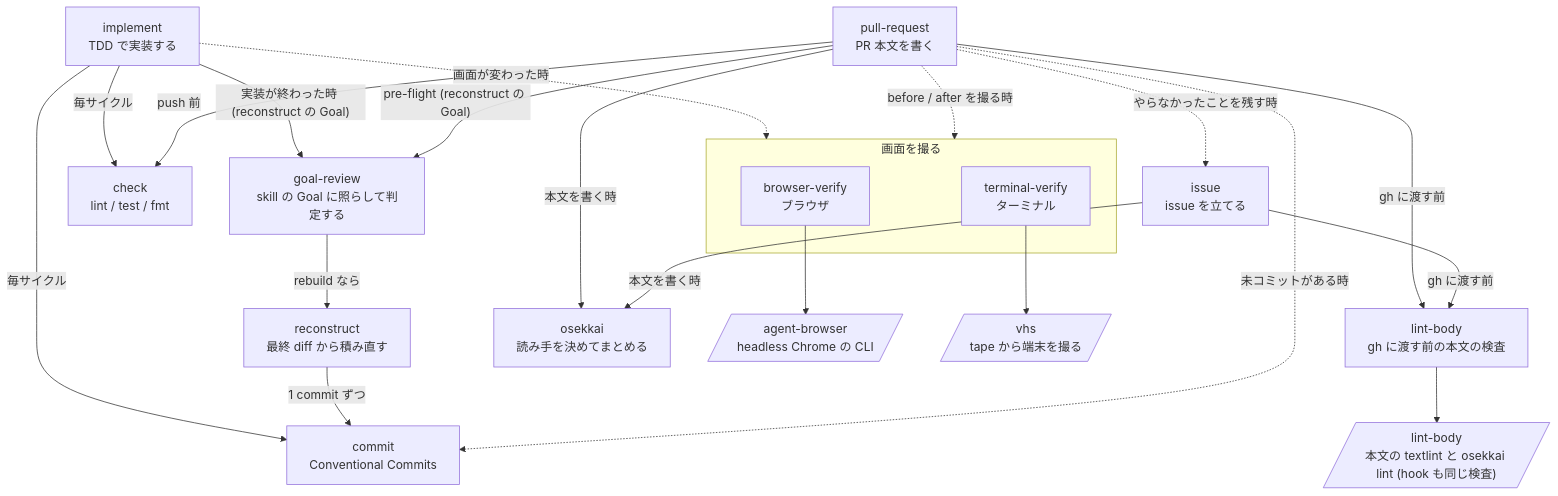
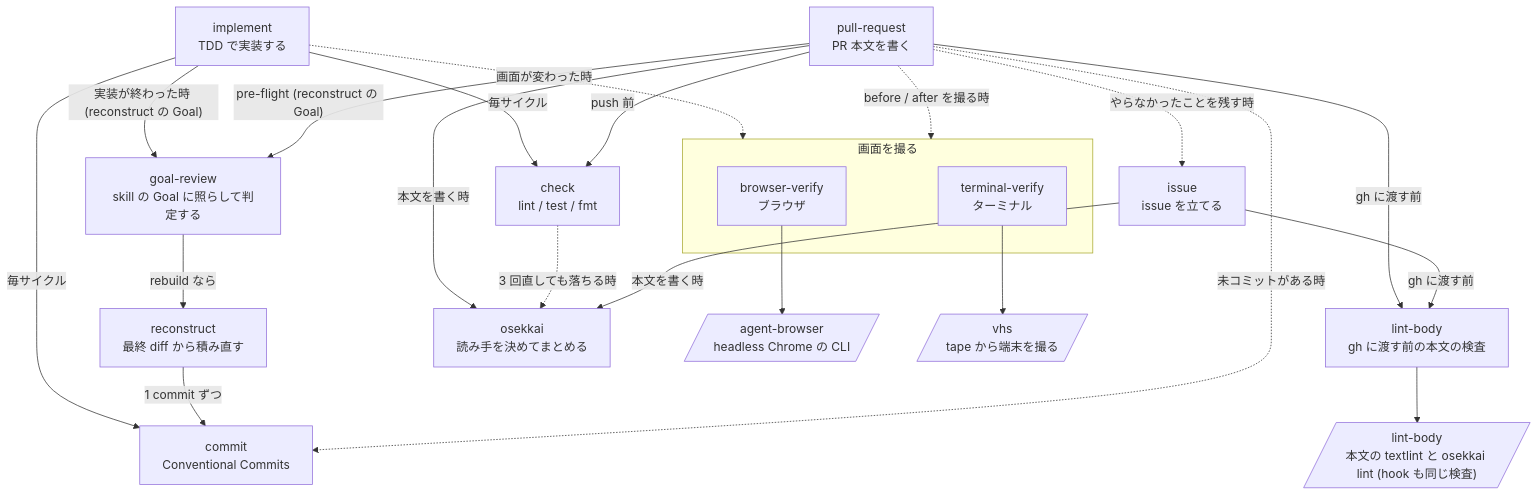
Before and after one commit to Xantibody/dotfiles: the first of 4 diagrams in configs/agents/README.md, drawn with Mermaid. The commit also changed 2 other files, not shown here.

Commit message:
feat(agents): stop and hand over when a check fails after three fixes
Neither the check skill nor the implement cycle put any bound on how many
times a failing check is fixed, and nothing in AGENTS.md, settings.json or
the hooks did either, so a check that will not pass could be retried
indefinitely. The verification audit of 2026-11-17 (runverify-3) matched
this against the Claude Code team's practice of stopping after three fix
attempts and calling a person.

Both skills now say: after three fixes of the same check, stop and report
what was tried, the output that keeps failing and the suspected cause
through osekkai. A hook was rejected because it cannot tell what counts as
one fix of the same check, and AGENTS.md was rejected because the rule only
applies while checks are running. The skill map gains the conditional
check -> osekkai edge.

Closes #130

````diff
--- a/configs/agents/README.md
+++ b/configs/agents/README.md
@@ -15,38 +15,39 @@
 ```mermaid
 flowchart TD
   implement["implement<br/>TDD で実装する"]
   check["check<br/>lint / test / fmt"]
   commit["commit<br/>Conventional Commits"]
   gr["goal-review<br/>skill の Goal に照らして判定する"]
   reconstruct["reconstruct<br/>最終 diff から積み直す"]
   pr["pull-request<br/>PR 本文を書く"]
   issue["issue<br/>issue を立てる"]
   lbskill["lint-body<br/>gh に渡す前の本文の検査"]
   osekkai["osekkai<br/>読み手を決めてまとめる"]
   subgraph shot ["画面を撮る"]
     bv["browser-verify<br/>ブラウザ"]
     tv["terminal-verify<br/>ターミナル"]
   end
   ab[/"agent-browser<br/>headless Chrome の CLI"/]
   vhs[/"vhs<br/>tape から端末を撮る"/]
   lint[/"lint-body<br/>本文の textlint と osekkai lint (hook も同じ検査)"/]
 
   implement -->|"毎サイクル"| check
   implement -->|"毎サイクル"| commit
   implement -->|"実装が終わった時 (reconstruct の Goal)"| gr
   implement -.->|"画面が変わった時"| shot
   gr -->|"rebuild なら"| reconstruct
   reconstruct -->|"1 commit ずつ"| commit
   pr -->|"pre-flight (reconstruct の Goal)"| gr
   pr -->|"push 前"| check
   pr -->|"本文を書く時"| osekkai
   pr -->|"gh に渡す前"| lbskill
   pr -.->|"未コミットがある時"| commit
   pr -.->|"before / after を撮る時"| shot
   pr -.->|"やらなかったことを残す時"| issue
+  check -.->|"3 回直しても落ちる時"| osekkai
   issue -->|"本文を書く時"| osekkai
   issue -->|"gh に渡す前"| lbskill
   lbskill --> lint
   bv --> ab
   tv --> vhs
 ```
````
